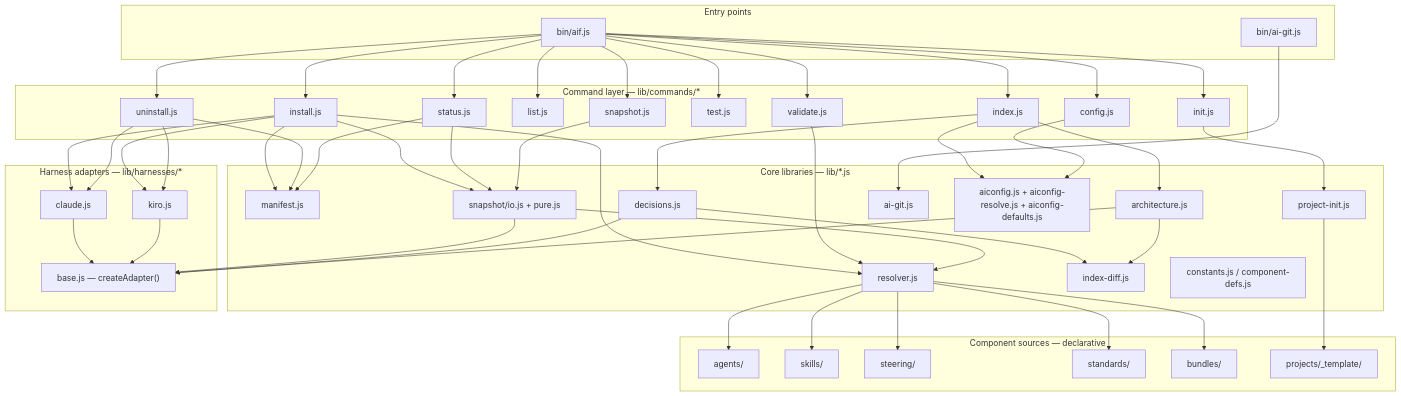
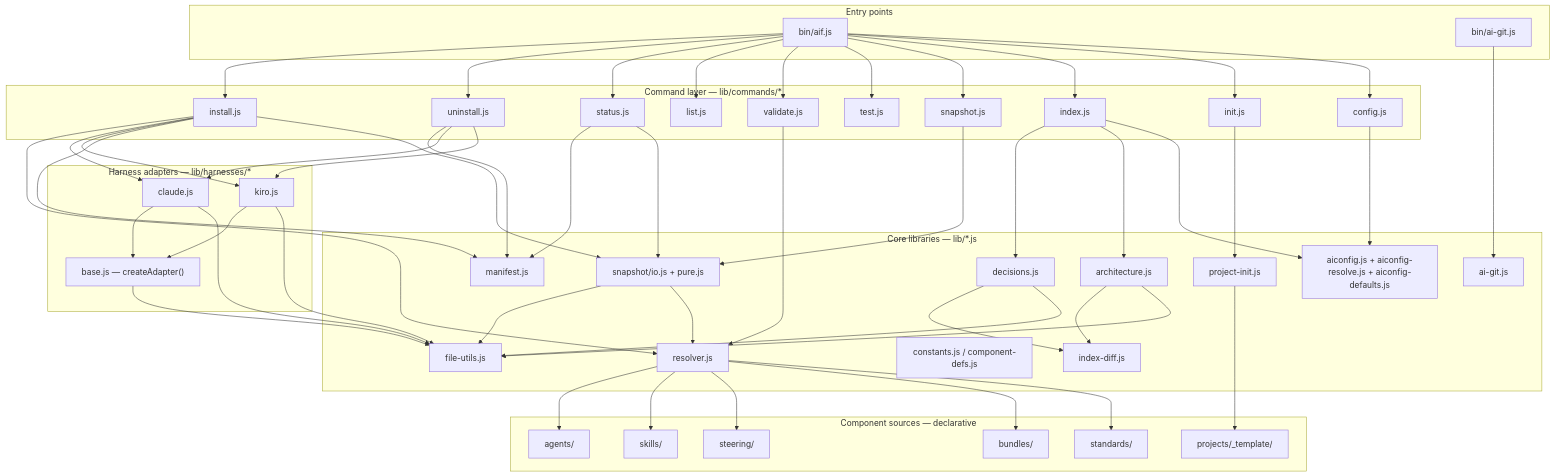
One commit to starvoxel/ai-foundation changed the diagram in docs/architecture/05_building_blocks.md. Above: the diagram before and after it, drawn with Mermaid. The commit also changed other lines of this file and 8 other files, not shown here.

```diff
--- a/docs/architecture/05_building_blocks.md
+++ b/docs/architecture/05_building_blocks.md
@@ -51,6 +52,7 @@
     AiGitLib["ai-git.js"]
     Const["constants.js / component-defs.js"]
     AiConfig["aiconfig.js + aiconfig-resolve.js + aiconfig-defaults.js"]
+    FileUtils["file-utils.js"]
   end
 
   subgraph Harnesses["Harness adapters — lib/harnesses/*"]
@@ -94,9 +96,12 @@
 
   Claude --> Base
   Kiro --> Base
-  SnapLib --> Base
-  Decisions --> Base
-  Architecture --> Base
+  Claude --> FileUtils
+  Kiro --> FileUtils
+  Base --> FileUtils
+  SnapLib --> FileUtils
+  Decisions --> FileUtils
+  Architecture --> FileUtils
   SnapLib --> Resolver
 
   Resolver --> Agents
```
